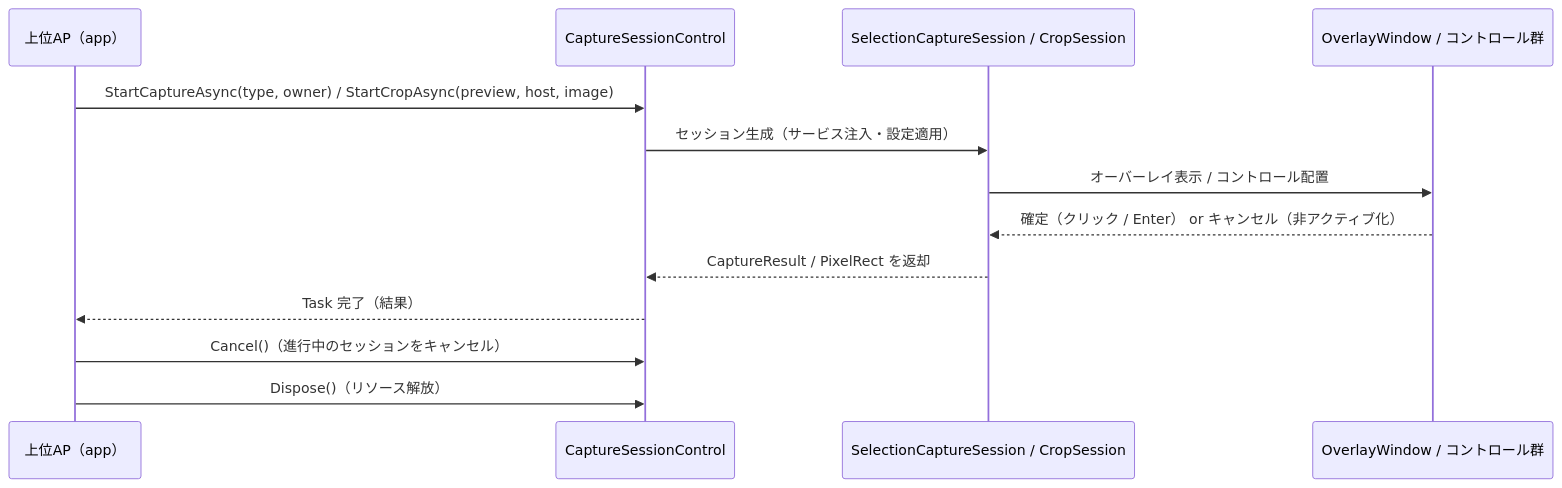
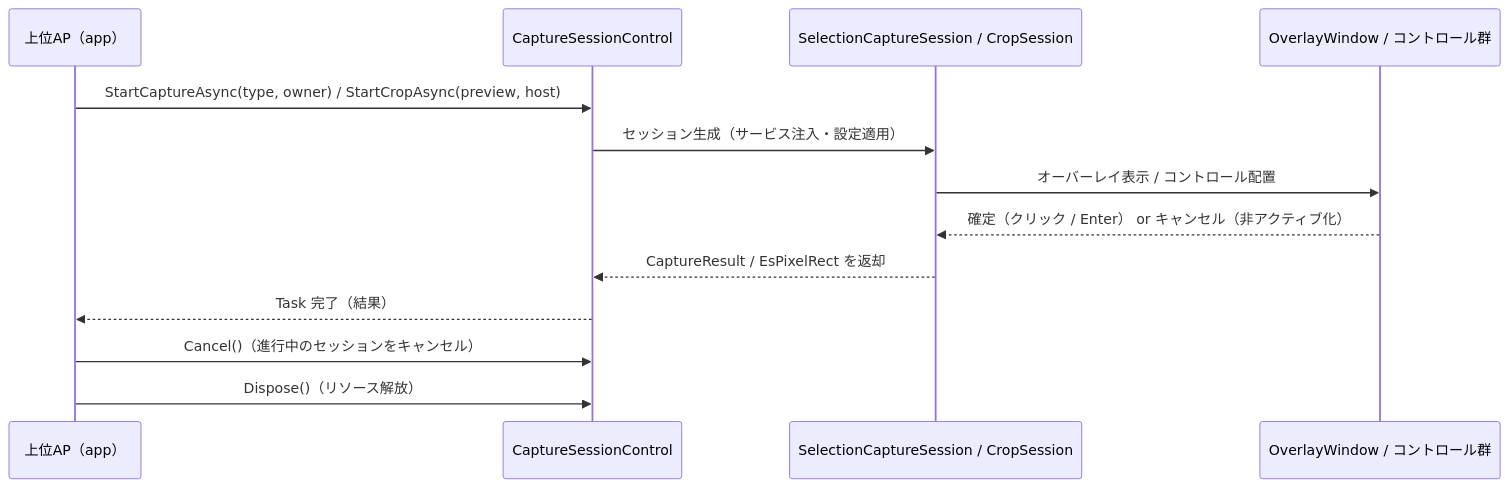
Before and after one commit to tomokuni/SaveEvidence: the second of 2 diagrams in src/CaptureSessionControl.AvaloniaUI/SPEC_System.md, drawn with Mermaid. The commit also changed other lines of this file and 226 other files, not shown here.

````diff
--- a/src/CaptureSessionControl.AvaloniaUI/SPEC_System.md
+++ b/src/CaptureSessionControl.AvaloniaUI/SPEC_System.md
@@ -188,16 +236,16 @@
 ```mermaid
 sequenceDiagram
     participant AP as 上位AP（app）
     participant Fac as CaptureSessionControl
     participant S as SelectionCaptureSession / CropSession
     participant OW as OverlayWindow / コントロール群
 
-    AP->>Fac: StartCaptureAsync(type, owner) / StartCropAsync(preview, host, image)
+    AP->>Fac: StartCaptureAsync(type, owner) / StartCropAsync(preview, host)
     Fac->>S: セッション生成（サービス注入・設定適用）
     S->>OW: オーバーレイ表示 / コントロール配置
     OW-->>S: 確定（クリック / Enter） or キャンセル（非アクティブ化）
-    S-->>Fac: CaptureResult / PixelRect を返却
+    S-->>Fac: CaptureResult / EsPixelRect を返却
     Fac-->>AP: Task 完了（結果）
     AP->>Fac: Cancel()（進行中のセッションをキャンセル）
     AP->>Fac: Dispose()（リソース解放）
 ```
````
